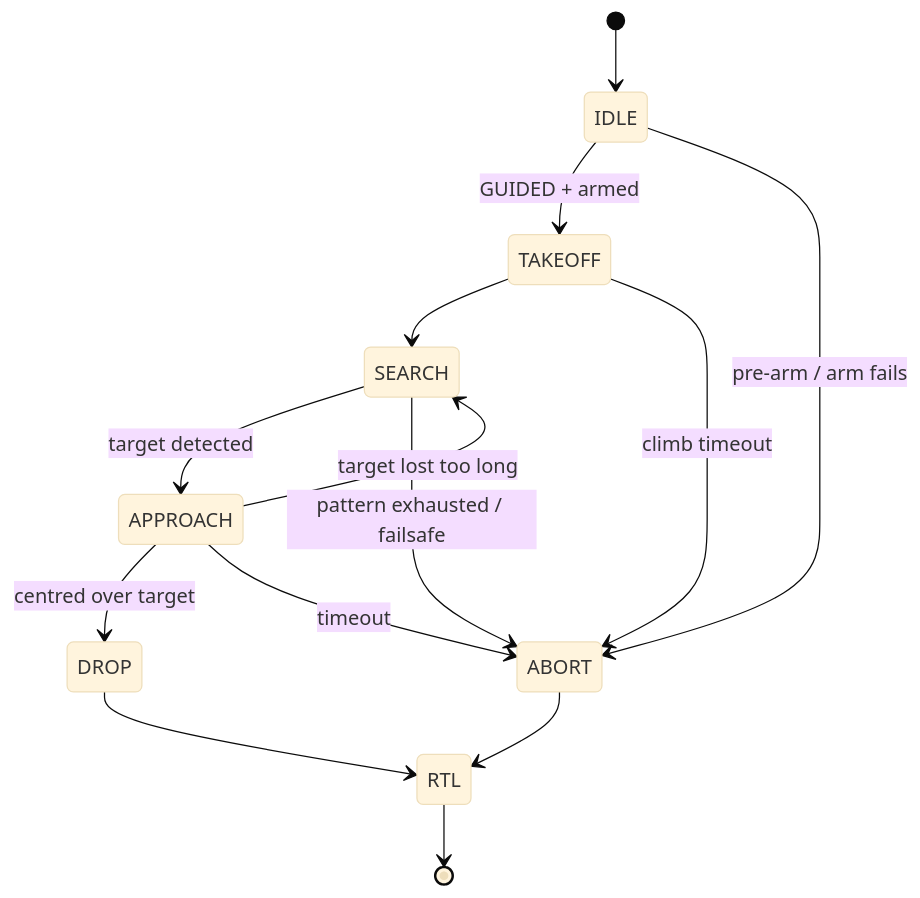
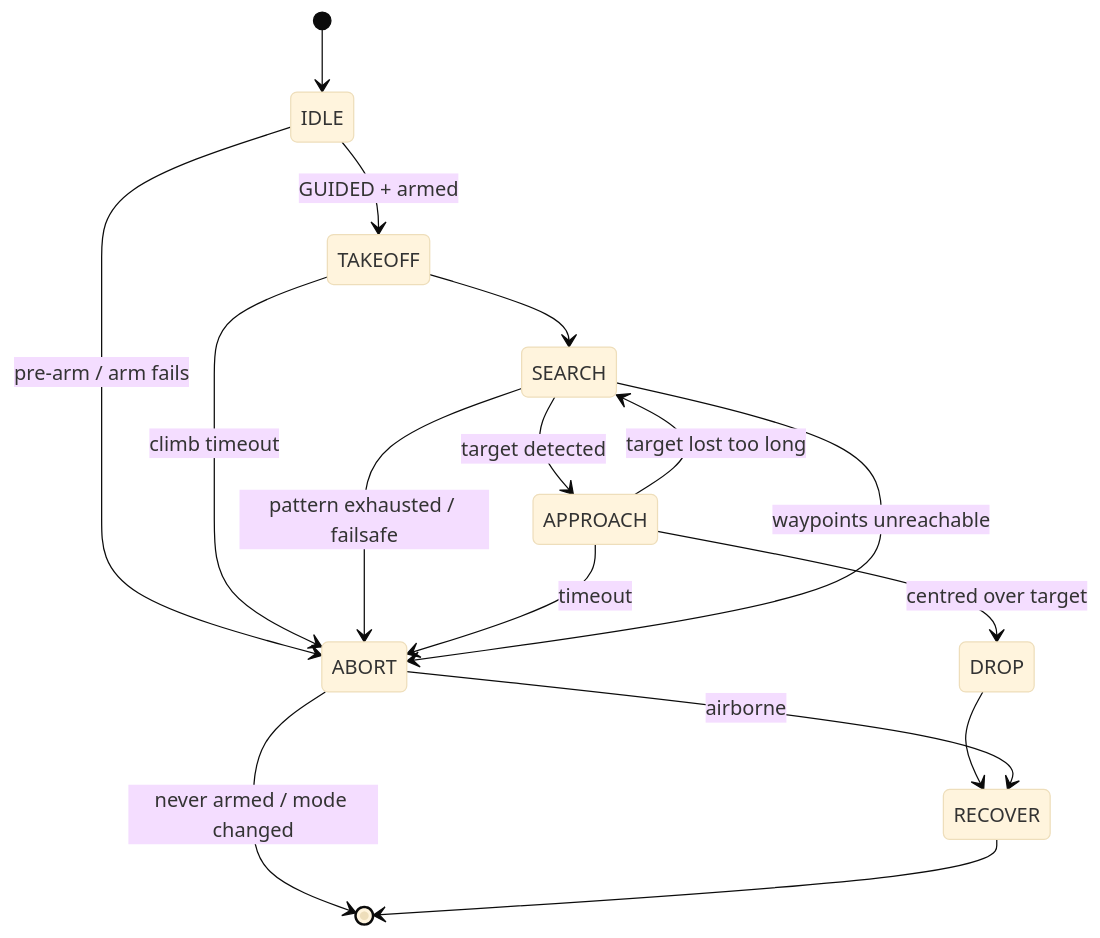
One commit to ki-drohnen-ss26/Pi-Code changed the third of 5 diagrams in docs/ARCHITECTURE.md. Above: the diagram before and after it, drawn with Mermaid (base theme). The commit also changed other lines of this file and 13 other files, not shown here.

````diff
--- a/docs/ARCHITECTURE.md
+++ b/docs/ARCHITECTURE.md
@@ -124,16 +138,18 @@
 ```mermaid
 stateDiagram-v2
     [*] --> IDLE
     IDLE --> TAKEOFF: GUIDED + armed
     IDLE --> ABORT: pre-arm / arm fails
     TAKEOFF --> SEARCH
     TAKEOFF --> ABORT: climb timeout
     SEARCH --> APPROACH: target detected
     SEARCH --> ABORT: pattern exhausted / failsafe
     APPROACH --> DROP: centred over target
     APPROACH --> SEARCH: target lost too long
     APPROACH --> ABORT: timeout
-    DROP --> RTL
-    ABORT --> RTL
-    RTL --> [*]
+    SEARCH --> ABORT: waypoints unreachable
+    DROP --> RECOVER
+    ABORT --> RECOVER: airborne
+    ABORT --> [*]: never armed / mode changed
+    RECOVER --> [*]
 ```
````
